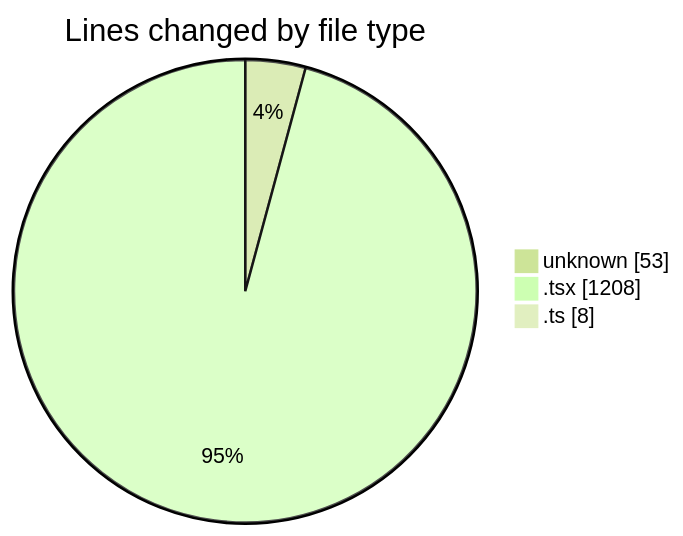
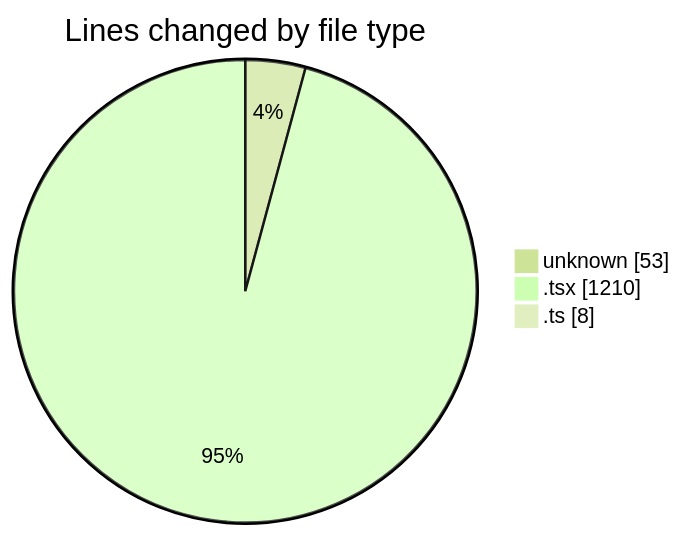
The first of 2 diagrams in 2026-01-28/cda/README.md (momahboobian/code-tracking), drawn with Mermaid (forest theme) before and after one commit. The commit also changed other lines of this file and 1 other file, not shown here.

````diff
--- a/2026-01-28/cda/README.md
+++ b/2026-01-28/cda/README.md
@@ -22,7 +22,7 @@
 ```mermaid
 pie showData
 title Lines changed by file type
 "unknown" : 53
-".tsx" : 1208
+".tsx" : 1210
 ".ts" : 8
 ```
````
